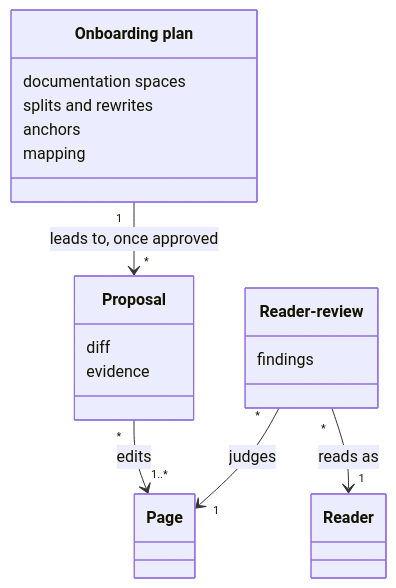
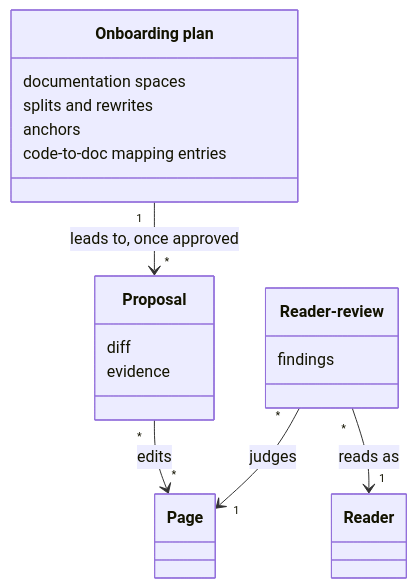
The first of 2 diagrams in tech-docs/analysis/living-docs/domain-model/020-proposals-and-reviews.md (aleskalfas/project-kit), drawn with Mermaid before and after one commit. The commit also changed other lines of this file and 36 other files, not shown here.

````diff
--- a/tech-docs/analysis/living-docs/domain-model/020-proposals-and-reviews.md
+++ b/tech-docs/analysis/living-docs/domain-model/020-proposals-and-reviews.md
@@ -26,21 +26,21 @@
 ```mermaid
 classDiagram
   accTitle: Proposals and reviews
-  accDescr: A proposal edits one page or more, with its diff and its evidence. A reader-review judges one page as one reader, with its findings. An approved onboarding plan leads to the proposals it names.
+  accDescr: A proposal edits any number of pages, with its diff and its evidence. A reader-review judges one page as one reader, with its findings. An approved onboarding plan leads to the proposals it names.
   class Proposal
   Proposal : diff
   Proposal : evidence
   class ReaderReview["Reader-review"]
   ReaderReview : findings
   class OnboardingPlan["Onboarding plan"]
   OnboardingPlan : documentation spaces
   OnboardingPlan : splits and rewrites
   OnboardingPlan : anchors
-  OnboardingPlan : mapping
+  OnboardingPlan : code-to-doc mapping entries
   class Page
   class Reader
-  Proposal "*" --> "1..*" Page : edits
+  Proposal "*" --> "*" Page : edits
   ReaderReview "*" --> "1" Page : judges
   ReaderReview "*" --> "1" Reader : reads as
   OnboardingPlan "1" --> "*" Proposal : leads to, once approved
 ```
````
